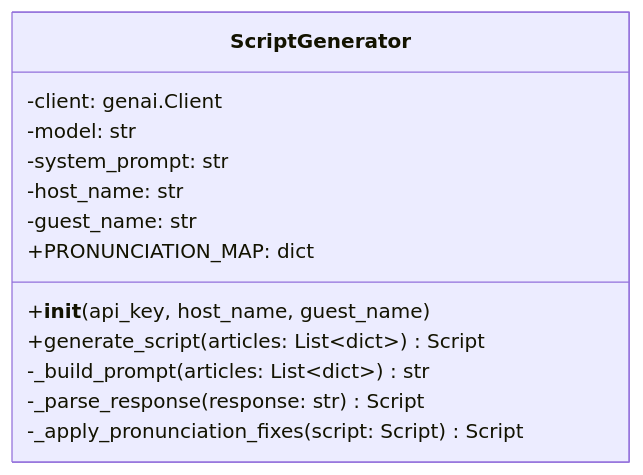
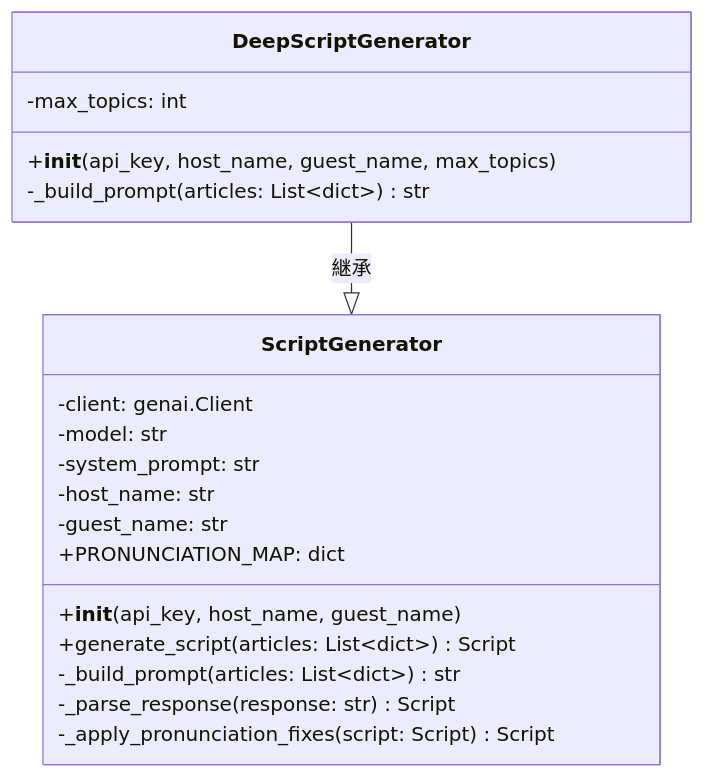
One commit to necoha/auto-podcast changed the second of 7 diagrams in docs/LLD.md. Above: the diagram before and after it, drawn with Mermaid. The commit also changed other lines of this file and 4 other files, not shown here.

````diff
--- a/docs/LLD.md
+++ b/docs/LLD.md
@@ -63,16 +63,24 @@
 ```mermaid
 classDiagram
     class ScriptGenerator {
         -client: genai.Client
         -model: str
         -system_prompt: str
         -host_name: str
         -guest_name: str
         +PRONUNCIATION_MAP: dict
         +__init__(api_key, host_name, guest_name)
         +generate_script(articles: List~dict~) Script
         -_build_prompt(articles: List~dict~) str
         -_parse_response(response: str) Script
         -_apply_pronunciation_fixes(script: Script) Script
     }
+
+    class DeepScriptGenerator {
+        -max_topics: int
+        +__init__(api_key, host_name, guest_name, max_topics)
+        -_build_prompt(articles: List~dict~) str
+    }
+
+    DeepScriptGenerator --|> ScriptGenerator : 継承
 ```
````
